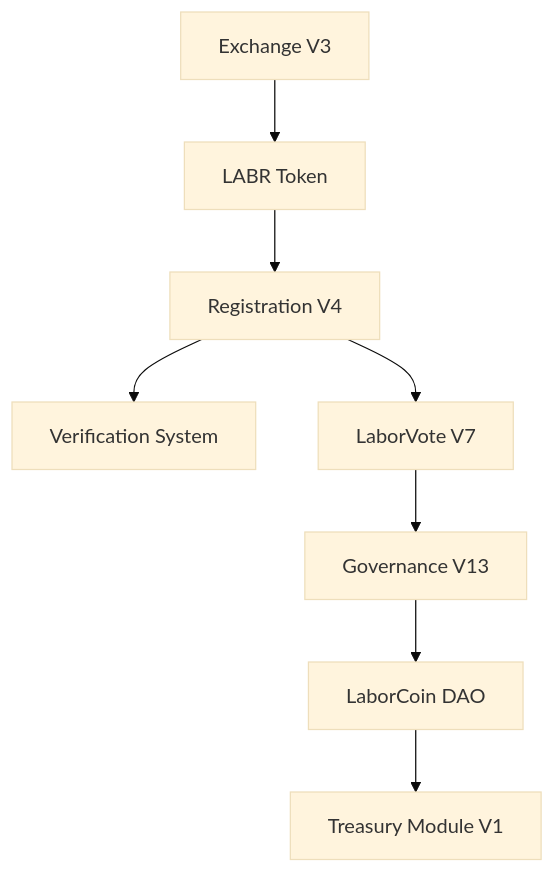
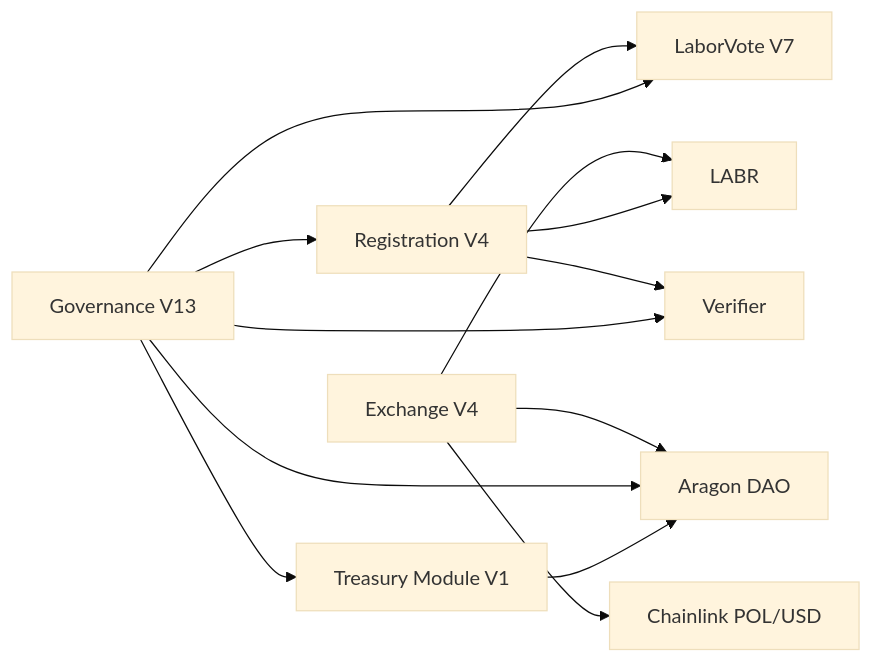
One commit to LaborCoinCreator/LaborCoin changed the seventh of 7 diagrams in final-launch/contracts/contract-map.md. Above: the diagram before and after it, drawn with Mermaid (base theme). The commit also changed other lines of this file, not shown here.

````diff
--- a/final-launch/contracts/contract-map.md
+++ b/final-launch/contracts/contract-map.md
@@ -15,10 +728,18 @@
 ```mermaid
-flowchart TD
-    Exchange["Exchange V3"] --> LABR["LABR Token"]
-    LABR --> Registration["Registration V4"]
-    Registration --> Passport["Verification System"]
+flowchart LR
+    Exchange["Exchange V4"] --> LABR["LABR"]
+    Exchange --> Feed["Chainlink POL/USD"]
+    Exchange --> DAO["Aragon DAO"]
+
+    Registration["Registration V4"] --> LABR
     Registration --> LABRV["LaborVote V7"]
-    LABRV --> Governance["Governance V13"]
-    Governance --> DAO["LaborCoin DAO"]
-    DAO --> Treasury["Treasury Module V1"]
+    Registration --> Verifier["Verifier"]
+
+    Governance["Governance V13"] --> LABRV
+    Governance --> Registration
+    Governance --> Verifier
+    Governance --> DAO
+    Governance --> Module["Treasury Module V1"]
+
+    Module --> DAO
 ```
````
